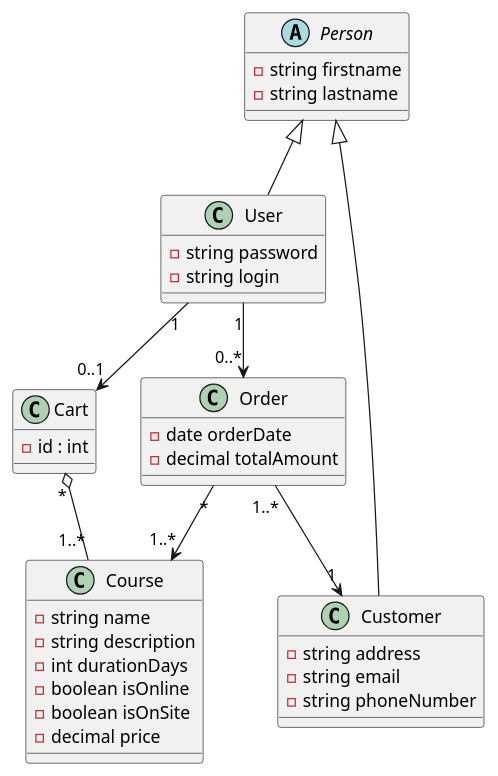
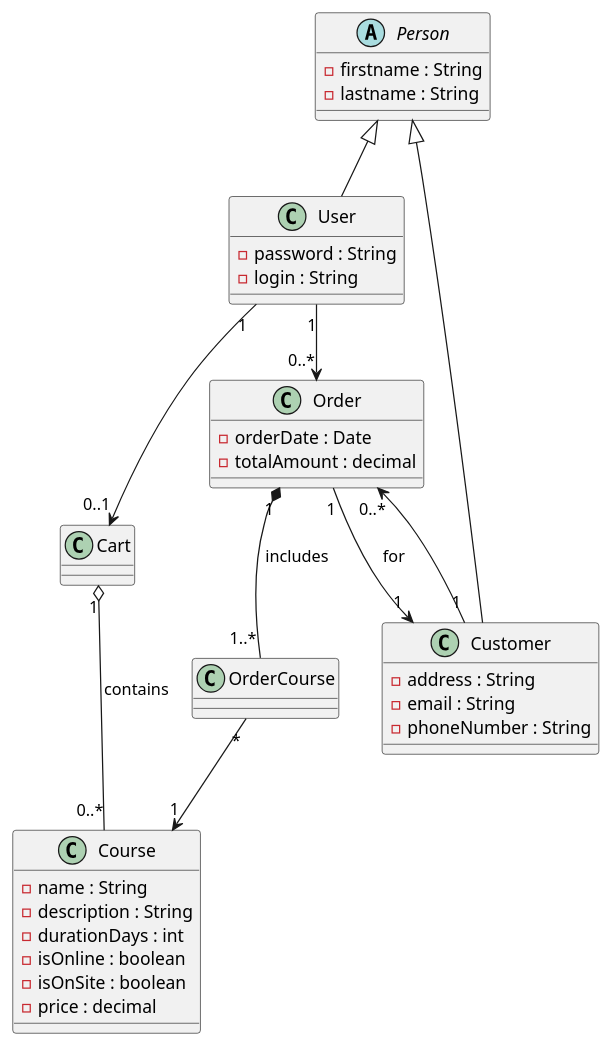
One commit to AmandineGrardLaurent/JavaEvaluationBusiness changed the diagram in docs/diagram_classes.puml. Above: the diagram before and after it, drawn with PlantUML.

Commit message:
fix: update class diagram file to reflect removal of cart_course table

```diff
--- a/docs/diagram_classes.puml
+++ b/docs/diagram_classes.puml
@@ -1,47 +1,58 @@
 @startuml
 
 abstract class Person {
-    - string firstname
-    - string lastname
+    - firstname : String
+    - lastname : String
 }
 
 class User {
-    - string password
-    - string login
+    - password : String
+    - login : String
 }
 
 class Customer {
-    - string address
-    - string email
-    - string phoneNumber
+    - address : String
+    - email : String
+    - phoneNumber : String
 }
 
+class Course {
+    - name : String
+    - description : String
+    - durationDays : int
+    - isOnline : boolean
+    - isOnSite : boolean
+    - price : decimal
+}
+
+class Cart {
+}
+
+class Order {
+    - orderDate : Date
+    - totalAmount : decimal
+}
+
+class OrderCourse {
+}
+
+' Héritage
 Person <|-- User
 Person <|-- Customer
 
-class Course {
-    - string name
-    - string description
-    - int durationDays
-    - boolean isOnline
-    - boolean isOnSite
-    - decimal price
-}
+' Relations User -> Cart
+User "1" --> "0..1" Cart
+Cart "1" o-- "0..*" Course : contains
 
-class Cart {
-    - id : int
-}
-
-Cart "*" o-- "1..*" Course
-User "1" --> "0..1" Cart
-
-class Order {
-    - date orderDate
-    - decimal totalAmount
-}
-
-Order "*" --> "1..*" Course
-Order "1..*" --> "1" Customer
+' Relations User -> Order
 User "1" --> "0..*" Order
 
+' Relation Order -> Customer
+Order "1" --> "1" Customer : for
+Customer "1" --> "0..*" Order
+
+' Relation Order -> OrderCourse
+Order "1" *-- "1..*" OrderCourse : includes
+OrderCourse "*" --> "1" Course
+
 @enduml
```
